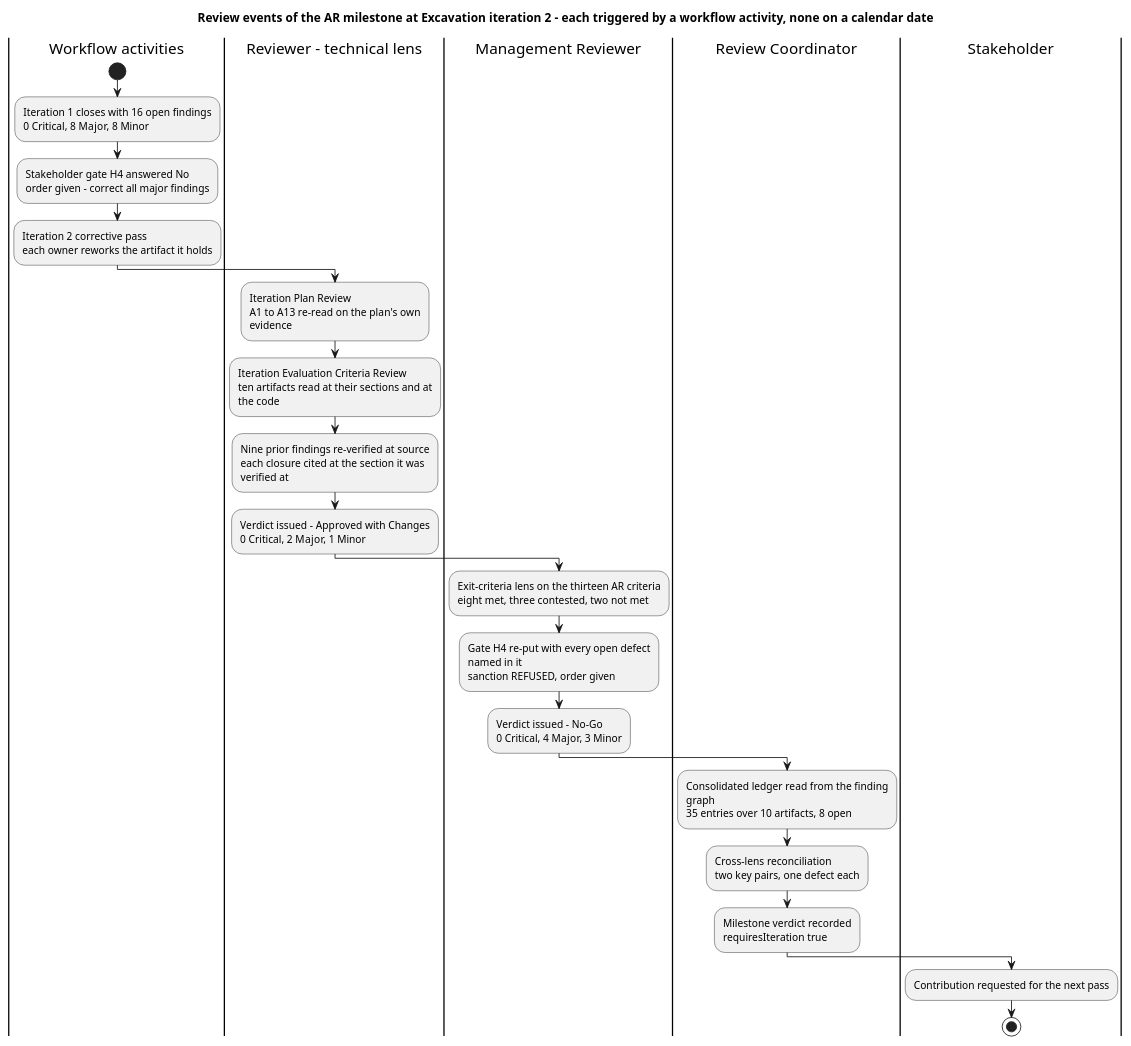
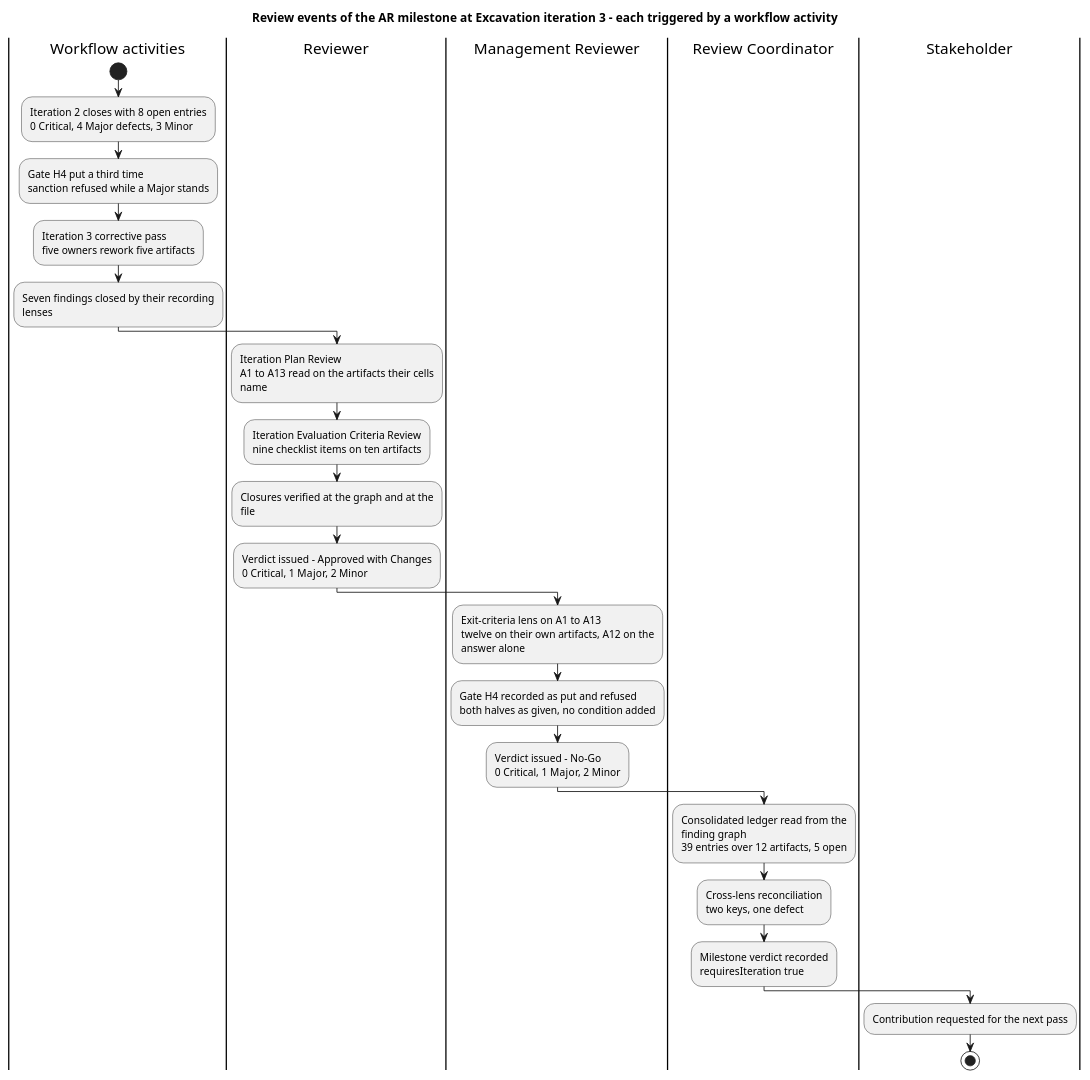
The second of 11 diagrams in docs/artifacts/project-management/review-record.md (banense-test/TodoApp), drawn with PlantUML before and after one commit. The commit also changed other lines of this file, not shown here.

Commit message:
Review Coordinator [Excavation3]: upsert Review Record
[skip ci]

````diff
--- a/docs/artifacts/project-management/review-record.md
+++ b/docs/artifacts/project-management/review-record.md
@@ -222,48 +222,48 @@
 ```plantuml
 @startuml
-title Review events of the AR milestone at Excavation iteration 2 - each triggered by a workflow activity, none on a calendar date
+title Review events of the AR milestone at Excavation iteration 3 - each triggered by a workflow activity
 
 skinparam shadowing false
-skinparam wrapWidth 245
+skinparam wrapWidth 235
 
 |Workflow activities|
 start
-:Iteration 1 closes with 16 open findings
-0 Critical, 8 Major, 8 Minor;
-:Stakeholder gate H4 answered No
-order given - correct all major findings;
-:Iteration 2 corrective pass
-each owner reworks the artifact it holds;
+:Iteration 2 closes with 8 open entries
+0 Critical, 4 Major defects, 3 Minor;
+:Gate H4 put a third time
+sanction refused while a Major stands;
+:Iteration 3 corrective pass
+five owners rework five artifacts;
+:Seven findings closed by their recording lenses;
 
-|Reviewer - technical lens|
+|Reviewer|
 :Iteration Plan Review
-A1 to A13 re-read on the plan's own evidence;
+A1 to A13 read on the artifacts their cells name;
 :Iteration Evaluation Criteria Review
-ten artifacts read at their sections and at the code;
-:Nine prior findings re-verified at source
-each closure cited at the section it was verified at;
+nine checklist items on ten artifacts;
+:Closures verified at the graph and at the file;
 :Verdict issued - Approved with Changes
-0 Critical, 2 Major, 1 Minor;
+0 Critical, 1 Major, 2 Minor;
 
 |Management Reviewer|
-:Exit-criteria lens on the thirteen AR criteria
-eight met, three contested, two not met;
-:Gate H4 re-put with every open defect named in it
-sanction REFUSED, order given;
+:Exit-criteria lens on A1 to A13
+twelve on their own artifacts, A12 on the answer alone;
+:Gate H4 recorded as put and refused
+both halves as given, no condition added;
 :Verdict issued - No-Go
-0 Critical, 4 Major, 3 Minor;
+0 Critical, 1 Major, 2 Minor;
 
 |Review Coordinator|
 :Consolidated ledger read from the finding graph
-35 entries over 10 artifacts, 8 open;
+39 entries over 12 artifacts, 5 open;
 :Cross-lens reconciliation
-two key pairs, one defect each;
+two keys, one defect;
 :Milestone verdict recorded
 requiresIteration true;
 
 |Stakeholder|
 :Contribution requested for the next pass;
 stop
 
 @enduml
 ```
````
